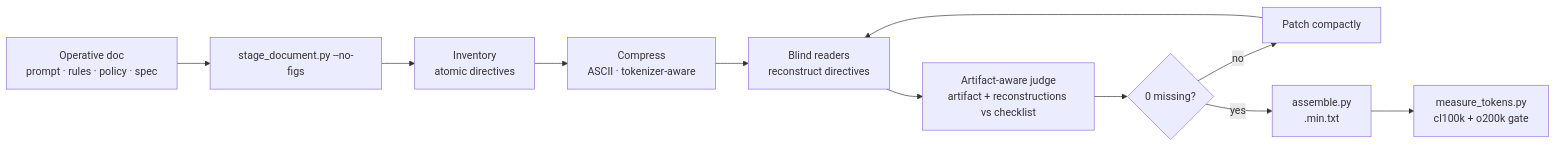
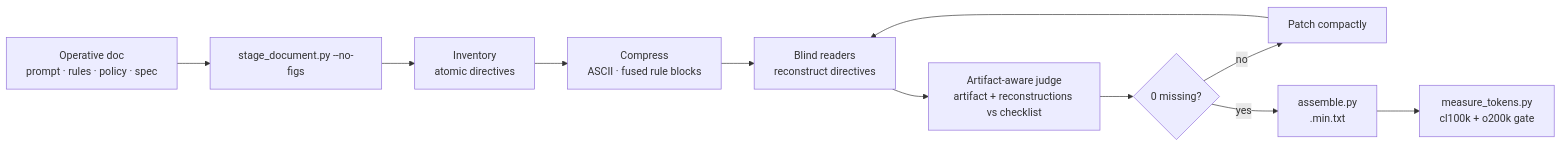
The second of 2 diagrams in README.md (sirouk/deep-distill), drawn with Mermaid before and after one commit. The commit also changed other lines of this file and 6 other files, not shown here.

````diff
--- a/README.md
+++ b/README.md
@@ -65,12 +65,12 @@
 ```mermaid
 flowchart LR
     A[Operative doc<br/>prompt · rules · policy · spec] --> B[stage_document.py --no-figs]
     B --> C[Inventory<br/>atomic directives]
-    C --> D[Compress<br/>ASCII · tokenizer-aware]
+    C --> D[Compress<br/>ASCII · fused rule blocks]
     D --> E[Blind readers<br/>reconstruct directives]
     E --> F[Artifact-aware judge<br/>artifact + reconstructions vs checklist]
     F --> G{0 missing?}
     G -- no --> H[Patch compactly] --> E
     G -- yes --> I[assemble.py<br/>.min.txt]
     I --> J[measure_tokens.py<br/>cl100k + o200k gate]
 ```
````
